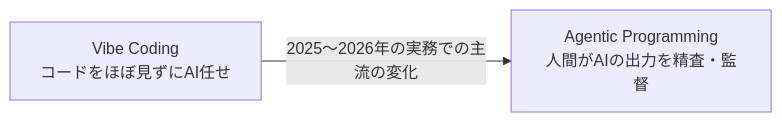
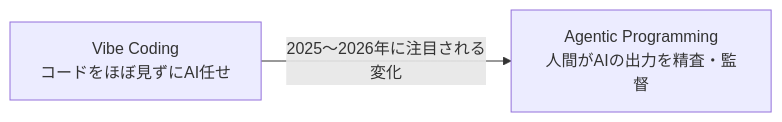
One commit to myoshi2891/Comparison-of-LLMs changed the ninth of 9 diagrams in AI-Powered-Developer.md. Above: the diagram before and after it, drawn with Mermaid. The commit also changed other lines of this file and 1 other file, not shown here.

````diff
--- a/AI-Powered-Developer.md
+++ b/AI-Powered-Developer.md
@@ -412,4 +412,4 @@
 ```mermaid
 flowchart LR
-    A["Vibe Coding<br/>コードをほぼ見ずにAI任せ"] -->|2025〜2026年の実務での主流の変化| B["Agentic Programming<br/>人間がAIの出力を精査・監督"]
+    A["Vibe Coding<br/>コードをほぼ見ずにAI任せ"] -->|2025〜2026年に注目される変化| B["Agentic Programming<br/>人間がAIの出力を精査・監督"]
 ```
````
